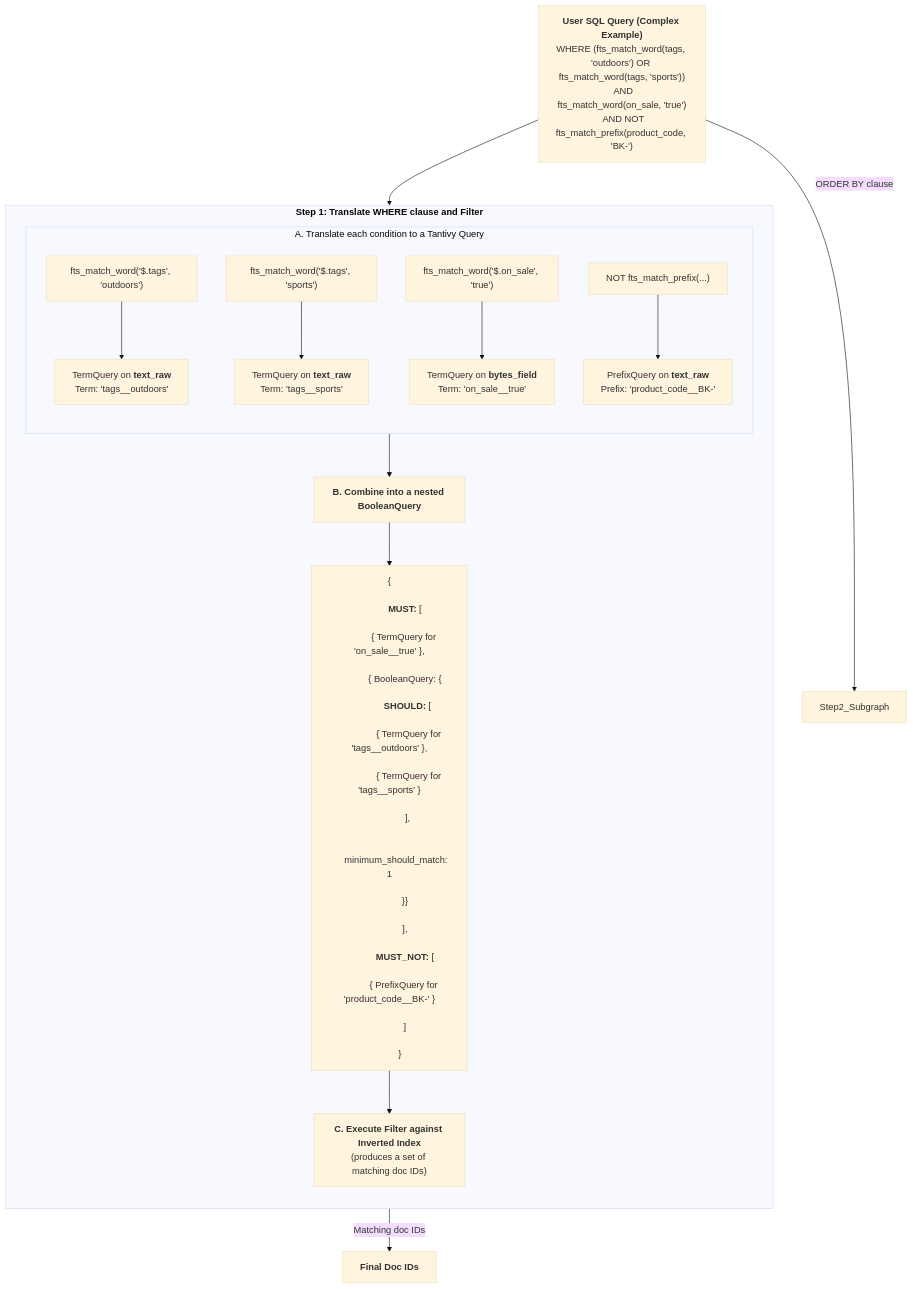
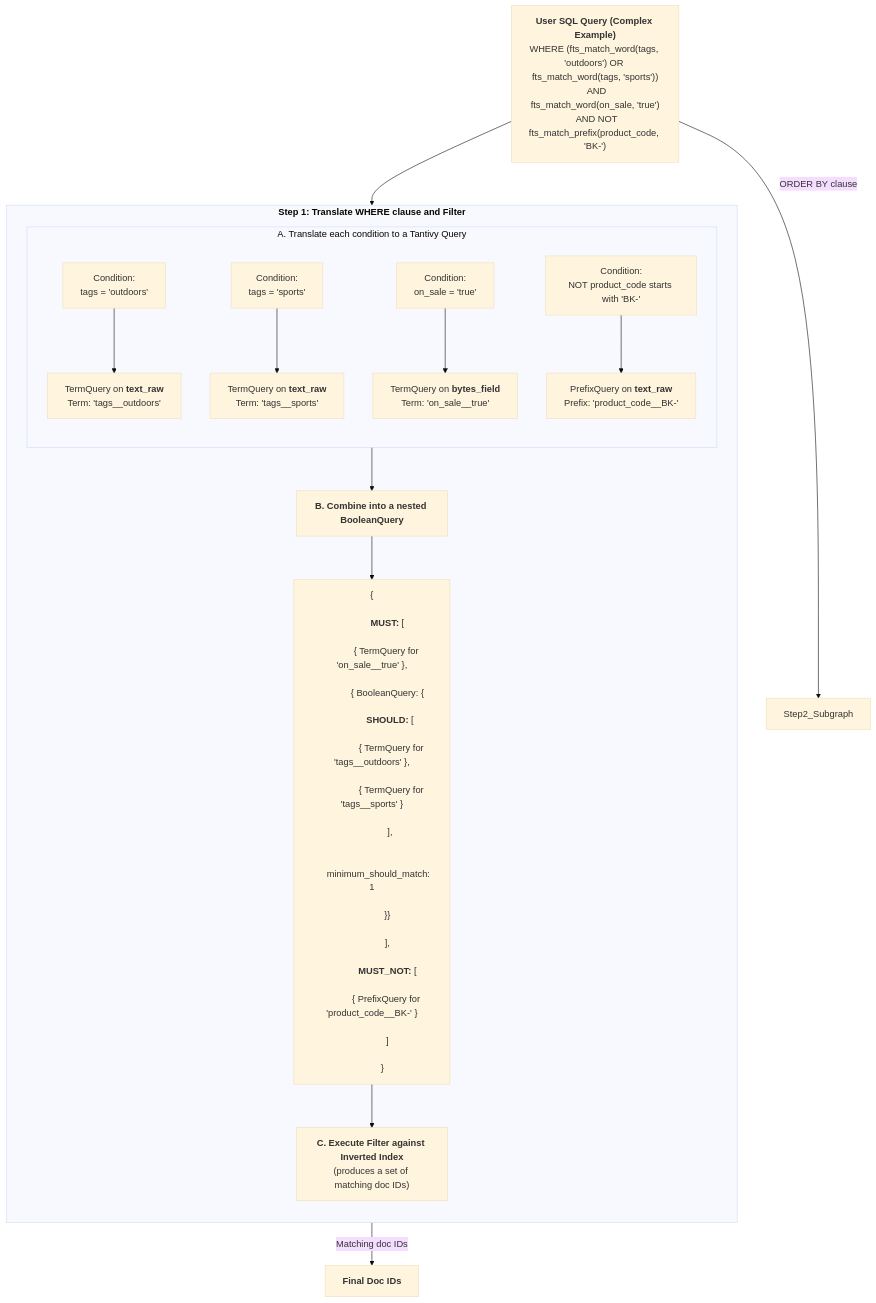
The second of 3 diagrams in TiCI_JSON_Support_Proposal.md (kolafish/tantivy), drawn with Mermaid (base theme) before and after one commit.

````diff
--- a/TiCI_JSON_Support_Proposal.md
+++ b/TiCI_JSON_Support_Proposal.md
@@ -193,43 +193,43 @@
 ```mermaid
 graph TD
     A["<b>User SQL Query (Complex Example)</b><br/>WHERE (fts_match_word(tags, 'outdoors') OR fts_match_word(tags, 'sports'))<br/>  AND fts_match_word(on_sale, 'true')<br/>  AND NOT fts_match_prefix(product_code, 'BK-')"]
 
     A --> Step1_Subgraph
     A -- "ORDER BY clause" --> Step2_Subgraph
 
     subgraph Step1_Subgraph ["<b>Step 1: Translate WHERE clause and Filter</b>"]
         direction TB
 
         subgraph Translate_Subgraph ["A. Translate each condition to a Tantivy Query"]
             direction TD
-            C["fts_match_word(&apos;$.tags&apos;, &apos;outdoors&apos;)"] --> C_Out["TermQuery on <b>text_raw</b><br/>Term: 'tags__outdoors'"]
-            D["fts_match_word(&apos;$.tags&apos;, &apos;sports&apos;)"] --> D_Out["TermQuery on <b>text_raw</b><br/>Term: 'tags__sports'"]
-            E["fts_match_word(&apos;$.on_sale&apos;, &apos;true&apos;)"] --> E_Out["TermQuery on <b>bytes_field</b><br/>Term: 'on_sale__true'"]
-            F["NOT fts_match_prefix(...)"] --> F_Out["PrefixQuery on <b>text_raw</b><br/>Prefix: 'product_code__BK-'"]
+            C["Condition:<br/>tags = 'outdoors'"] --> C_Out["TermQuery on <b>text_raw</b><br/>Term: 'tags__outdoors'"]
+            D["Condition:<br/>tags = 'sports'"] --> D_Out["TermQuery on <b>text_raw</b><br/>Term: 'tags__sports'"]
+            E["Condition:<br/>on_sale = 'true'"] --> E_Out["TermQuery on <b>bytes_field</b><br/>Term: 'on_sale__true'"]
+            F["Condition:<br/>NOT product_code starts with 'BK-'"] --> F_Out["PrefixQuery on <b>text_raw</b><br/>Prefix: 'product_code__BK-'"]
         end
 
         Translate_Subgraph --> G["<b>B. Combine into a nested BooleanQuery</b>"]
         
         G --> H["
         {<br/>
           &nbsp;&nbsp;<b>MUST:</b> [<br/>
-        &nbsp;&nbsp;&nbsp;&nbsp;{ TermQuery for &apos;on_sale__true&apos; },<br/>
+        &nbsp;&nbsp;&nbsp;&nbsp;{ TermQuery for 'on_sale__true' },<br/>
         &nbsp;&nbsp;&nbsp;&nbsp;{ BooleanQuery: {<br/>
         &nbsp;&nbsp;&nbsp;&nbsp;&nbsp;&nbsp;<b>SHOULD:</b> [<br/>
-        &nbsp;&nbsp;&nbsp;&nbsp;&nbsp;&nbsp;&nbsp;&nbsp;{ TermQuery for &apos;tags__outdoors&apos; },<br/>
-        &nbsp;&nbsp;&nbsp;&nbsp;&nbsp;&nbsp;&nbsp;&nbsp;{ TermQuery for &apos;tags__sports&apos; }<br/>
+        &nbsp;&nbsp;&nbsp;&nbsp;&nbsp;&nbsp;&nbsp;&nbsp;{ TermQuery for 'tags__outdoors' },<br/>
+        &nbsp;&nbsp;&nbsp;&nbsp;&nbsp;&nbsp;&nbsp;&nbsp;{ TermQuery for 'tags__sports' }<br/>
         &nbsp;&nbsp;&nbsp;&nbsp;&nbsp;&nbsp;],<br/>
         &nbsp;&nbsp;&nbsp;&nbsp;&nbsp;&nbsp;minimum_should_match: 1<br/>
         &nbsp;&nbsp;&nbsp;&nbsp;}}<br/>
           &nbsp;&nbsp;],<br/>
           &nbsp;&nbsp;<b>MUST_NOT:</b> [<br/>
-        &nbsp;&nbsp;&nbsp;&nbsp;{ PrefixQuery for &apos;product_code__BK-&apos; }<br/>
+        &nbsp;&nbsp;&nbsp;&nbsp;{ PrefixQuery for 'product_code__BK-' }<br/>
           &nbsp;&nbsp;]<br/>
         }
         "]
         
         H --> I["<b>C. Execute Filter against Inverted Index</b><br/>(produces a set of matching doc IDs)"]
     end
 
     I -- "Matching doc IDs" --> J["<B>Final Doc IDs</B>"]
 ```
````
